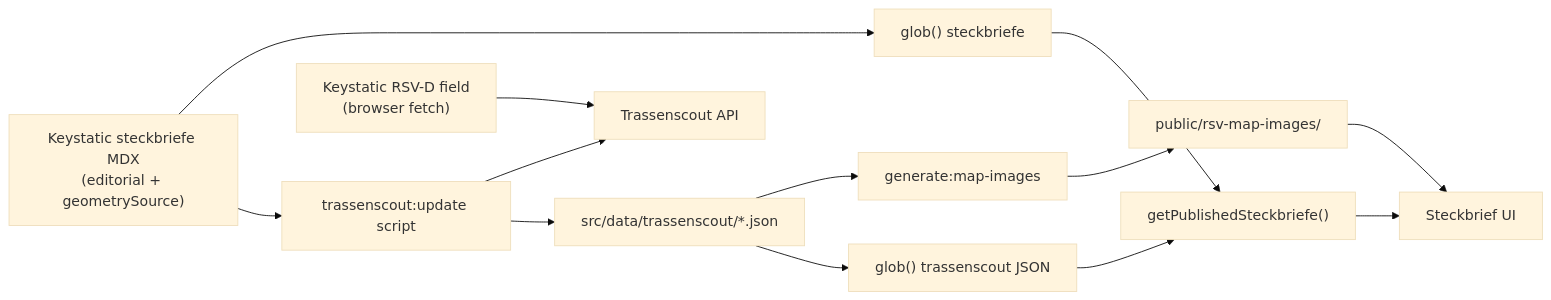
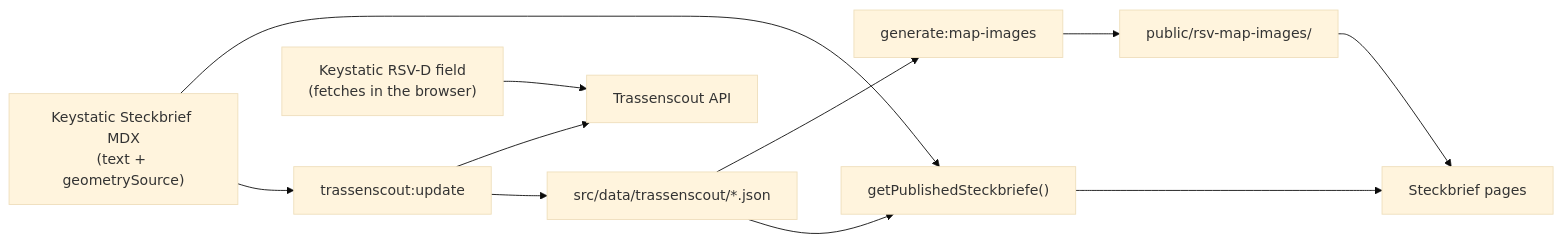
Before and after one commit to FixMyBerlin/rsv-info: the diagram in docs/DATA.md, drawn with Mermaid (base theme). The commit also changed other lines of this file and 4 other files, not shown here.

````diff
--- a/docs/DATA.md
+++ b/docs/DATA.md
@@ -7,24 +12,19 @@
 ```mermaid
 flowchart LR
-  ksYaml["Keystatic steckbriefe MDX\n(editorial + geometrySource)"]
-  globMdx["glob() steckbriefe"]
-  updateScript["trassenscout:update script"]
+  ksMdx["Keystatic Steckbrief MDX\n(text + geometrySource)"]
+  updateScript["trassenscout:update"]
   tsApi["Trassenscout API"]
   json["src/data/trassenscout/*.json"]
-  globCache["glob() trassenscout JSON"]
   mapScript["generate:map-images"]
   pngs["public/rsv-map-images/"]
   join["getPublishedSteckbriefe()"]
-  ui[Steckbrief UI]
-  keystaticField["Keystatic RSV-D field\n(browser fetch)"]
+  ui["Steckbrief pages"]
+  picker["Keystatic RSV-D field\n(fetches in the browser)"]
 
-  ksYaml --> globMdx --> join
-  ksYaml --> updateScript
-  updateScript --> tsApi
+  ksMdx --> join
+  ksMdx --> updateScript --> tsApi
   updateScript --> json
-  json --> mapScript --> pngs
-  json --> globCache --> join
-  pngs --> ui
-  join --> ui
-  keystaticField --> tsApi
+  json --> mapScript --> pngs --> ui
+  json --> join --> ui
+  picker --> tsApi
 ```
````
